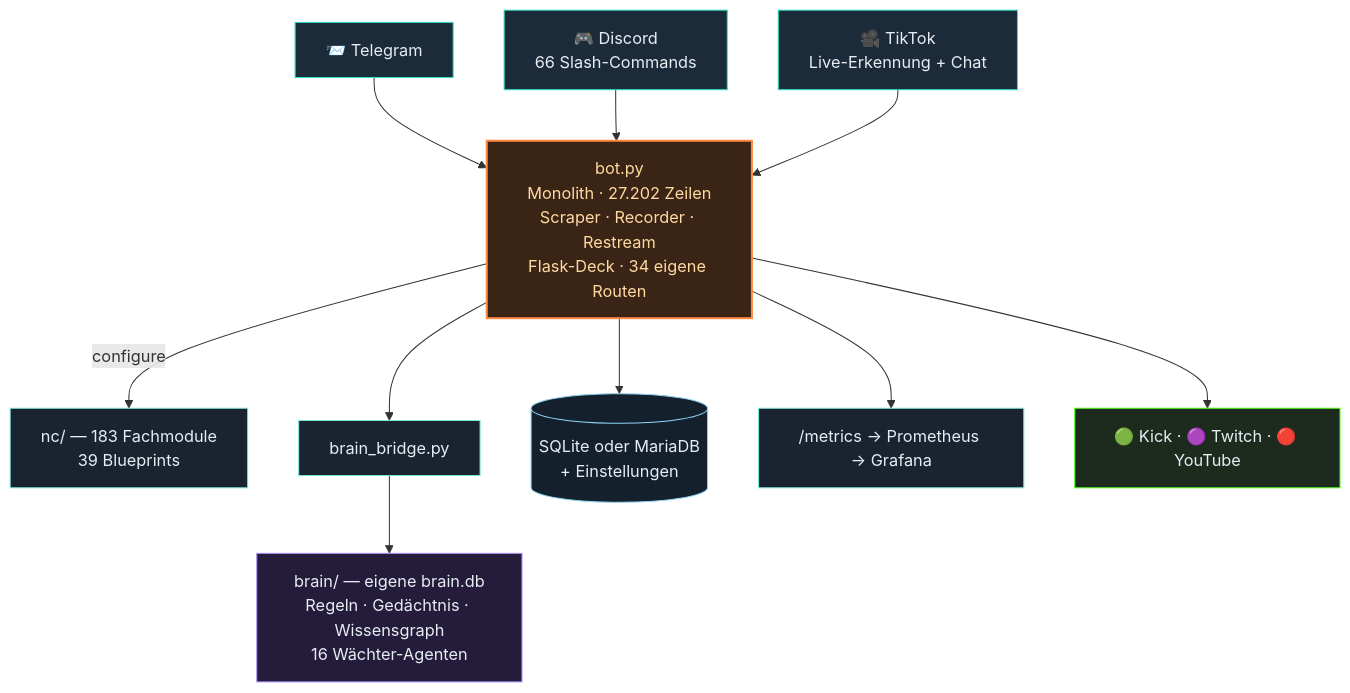
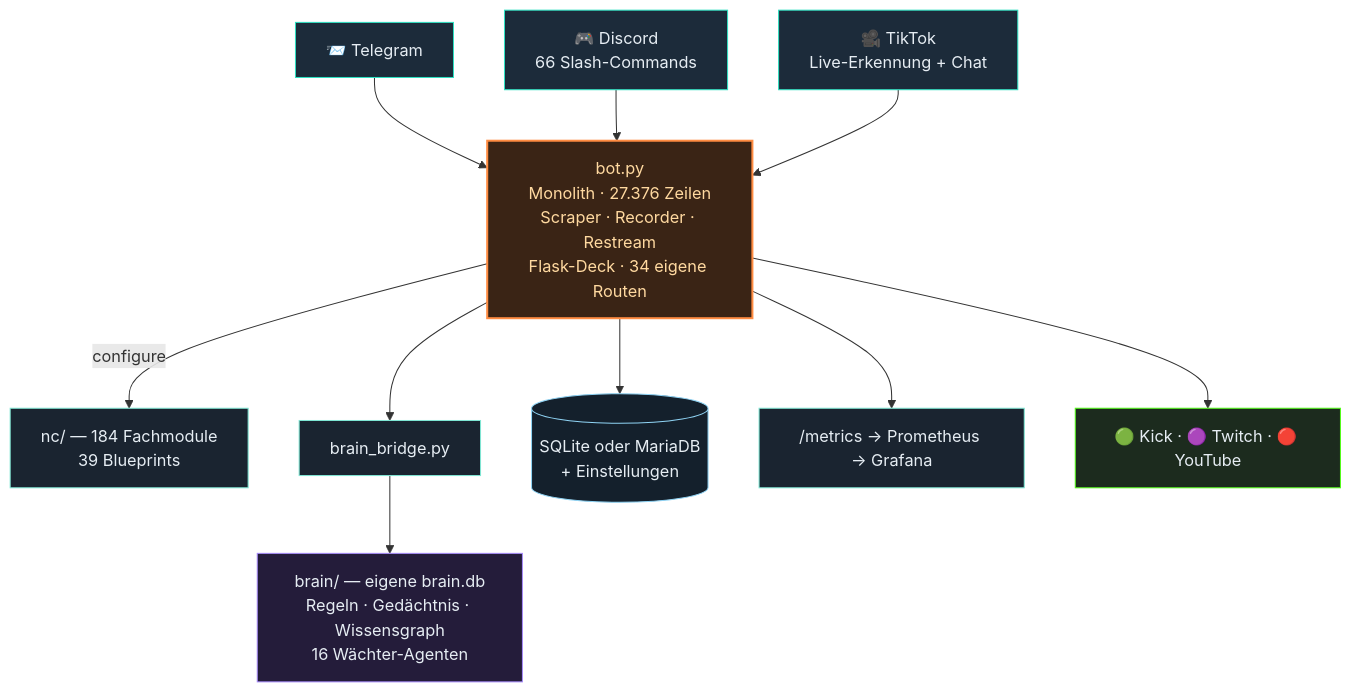
Before and after one commit to itsamemedev/Telegram-Stream-Info-Bot: the second of 3 diagrams in README.md, drawn with Mermaid. The commit also changed other lines of this file and 21 other files, not shown here.

````diff
--- a/README.md
+++ b/README.md
@@ -118,19 +118,19 @@
 ```mermaid
 flowchart TB
     TG["📨 Telegram"]:::ein --> BOT
     DC["🎮 Discord<br/>66 Slash-Commands"]:::ein --> BOT
     TT["🎥 TikTok<br/>Live-Erkennung + Chat"]:::ein --> BOT
-    BOT["bot.py<br/>Monolith · 27.202 Zeilen<br/>Scraper · Recorder · Restream<br/>Flask-Deck · 34 eigene Routen"]:::core
-    BOT -->|configure| NC["nc/ — 183 Fachmodule<br/>39 Blueprints"]:::lib
+    BOT["bot.py<br/>Monolith · 27.376 Zeilen<br/>Scraper · Recorder · Restream<br/>Flask-Deck · 34 eigene Routen"]:::core
+    BOT -->|configure| NC["nc/ — 184 Fachmodule<br/>39 Blueprints"]:::lib
     BOT --> BR["brain_bridge.py"]:::lib
     BR --> BRAIN["brain/ — eigene brain.db<br/>Regeln · Gedächtnis · Wissensgraph<br/>16 Wächter-Agenten"]:::brain
     BOT --> DB[("SQLite oder MariaDB<br/>+ Einstellungen")]:::db
     BOT --> PROM["/metrics → Prometheus → Grafana"]:::lib
     BOT --> OUT["🟢 Kick · 🟣 Twitch · 🔴 YouTube"]:::out
     classDef ein fill:#1c2b3a,stroke:#2de1c2,color:#e6edf3
     classDef core fill:#3a2415,stroke:#ff8c42,stroke-width:2px,color:#ffd9a0
     classDef lib fill:#1a2430,stroke:#7fe7d4,color:#e6edf3
     classDef brain fill:#241c3a,stroke:#a78bfa,color:#e6edf3
     classDef db fill:#14202c,stroke:#8fd3f4,color:#e6edf3
     classDef out fill:#1c2b1e,stroke:#53fc18,color:#e6edf3
 ```
````
